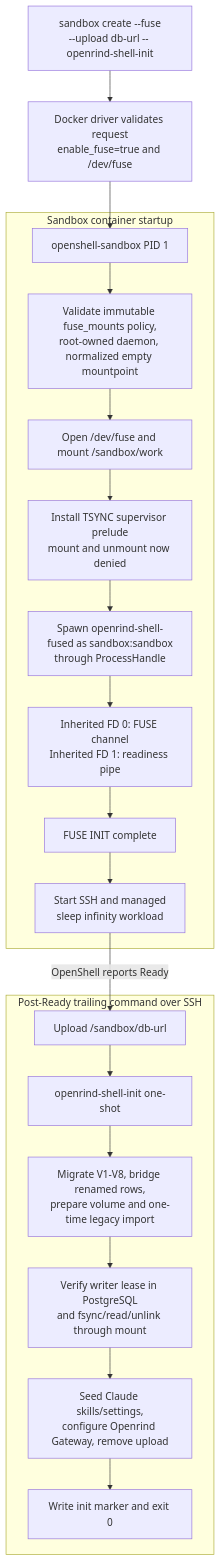
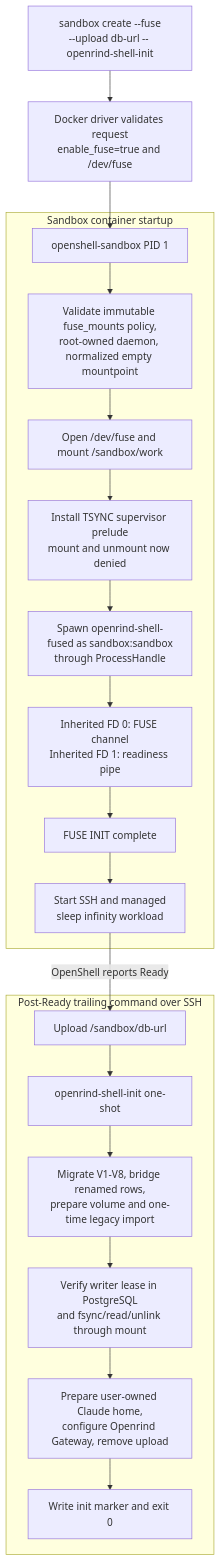
Before and after one commit to Pavitra-programmers/openeral: the first of 5 diagrams in ARCHITECTURE.md, drawn with Mermaid. The commit also changed other lines of this file and 1029 other files, not shown here.

````diff
--- a/ARCHITECTURE.md
+++ b/ARCHITECTURE.md
@@ -21,30 +22,30 @@
 ```mermaid
 flowchart TB
   create["sandbox create --fuse<br/>--upload db-url -- openrind-shell-init"]
   gate["Docker driver validates request<br/>enable_fuse=true and /dev/fuse"]
 
   subgraph container["Sandbox container startup"]
     supervisor["openshell-sandbox PID 1"]
     validate["Validate immutable fuse_mounts policy,<br/>root-owned daemon, normalized empty mountpoint"]
     mount["Open /dev/fuse and mount /sandbox/work"]
     prelude["Install TSYNC supervisor prelude<br/>mount and unmount now denied"]
     daemon["Spawn openrind-shell-fused as sandbox:sandbox<br/>through ProcessHandle"]
     fds["Inherited FD 0: FUSE channel<br/>Inherited FD 1: readiness pipe"]
     ready["FUSE INIT complete"]
     services["Start SSH and managed<br/>sleep infinity workload"]
   end
 
   subgraph trailing["Post-Ready trailing command over SSH"]
     upload["Upload /sandbox/db-url"]
     init["openrind-shell-init one-shot"]
     database["Migrate V1-V8, bridge renamed rows,<br/>prepare volume and one-time legacy import"]
     verify["Verify writer lease in PostgreSQL<br/>and fsync/read/unlink through mount"]
-    configure["Seed Claude skills/settings,<br/>configure Openrind Gateway, remove upload"]
+    configure["Prepare user-owned Claude home,<br/>configure Openrind Gateway, remove upload"]
     marker["Write init marker and exit 0"]
   end
 
   create --> gate --> supervisor --> validate --> mount --> prelude --> daemon
   daemon --> fds --> ready --> services
   services -->|"OpenShell reports Ready"| upload --> init
   init --> database --> verify --> configure --> marker
 ```
````
